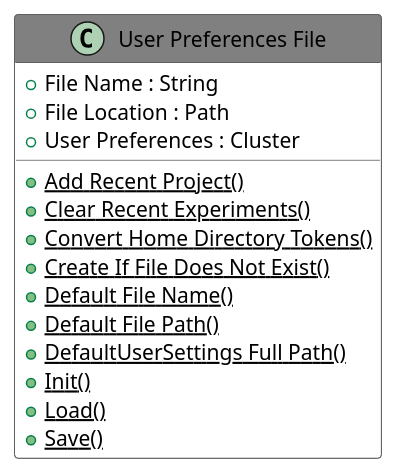
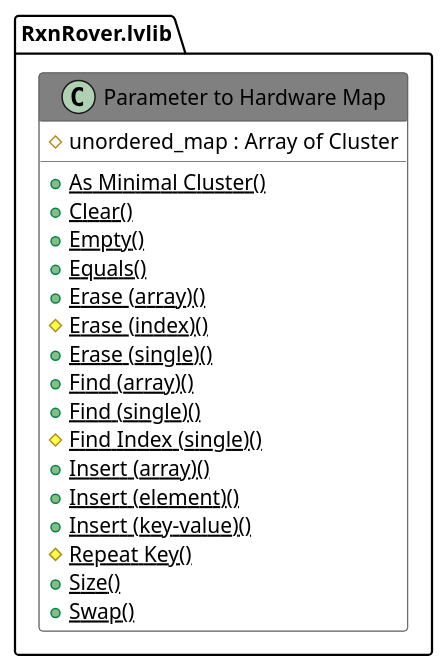
One commit to RxnRover/RxnRover changed the diagram in _static/api/Includes/017.adoc. Above: the diagram before and after it, drawn with PlantUML. The commit also changed other lines of this file and 405 other files, not shown here.

```diff
--- a/_static/api/Includes/017.adoc
+++ b/_static/api/Includes/017.adoc
@@ -10,31 +10,35 @@
 [plantuml, format="svg", align="center"]
 ....
 @startuml
 set namespaceSeparator :
 skinparam ClassBackgroundColor #FFFFFF
 skinparam ClassBorderColor #555555
 skinparam ClassFontColor #000000
 skinparam ClassHeaderBackgroundColor #808080
 
 skinparam top to bottom direction
-class "User Preferences File" {
-{field} +File Name : String
-{field} +File Location : Path
-{field} +User Preferences : Cluster
-{static} {method} +Add Recent Project()
-{static} {method} +Clear Recent Experiments()
-{static} {method} +Convert Home Directory Tokens()
-{static} {method} +Create If File Does Not Exist()
-{static} {method} +Default File Name()
-{static} {method} +Default File Path()
-{static} {method} +DefaultUserSettings Full Path()
-{static} {method} +Init()
-{static} {method} +Load()
-{static} {method} +Save()
+class "RxnRover.lvlib:Parameter to Hardware Map" {
+{field} #unordered_map : Array of Cluster
+{static} {method} +As Minimal Cluster()
+{static} {method} +Clear()
+{static} {method} +Empty()
+{static} {method} +Equals()
+{static} {method} +Erase (array)()
+{static} {method} #Erase (index)()
+{static} {method} +Erase (single)()
+{static} {method} +Find (array)()
+{static} {method} +Find (single)()
+{static} {method} #Find Index (single)()
+{static} {method} +Insert (array)()
+{static} {method} +Insert (element)()
+{static} {method} +Insert (key-value)()
+{static} {method} #Repeat Key()
+{static} {method} +Size()
+{static} {method} +Swap()
 
 }
 
 
 
 @enduml
 ....
```
